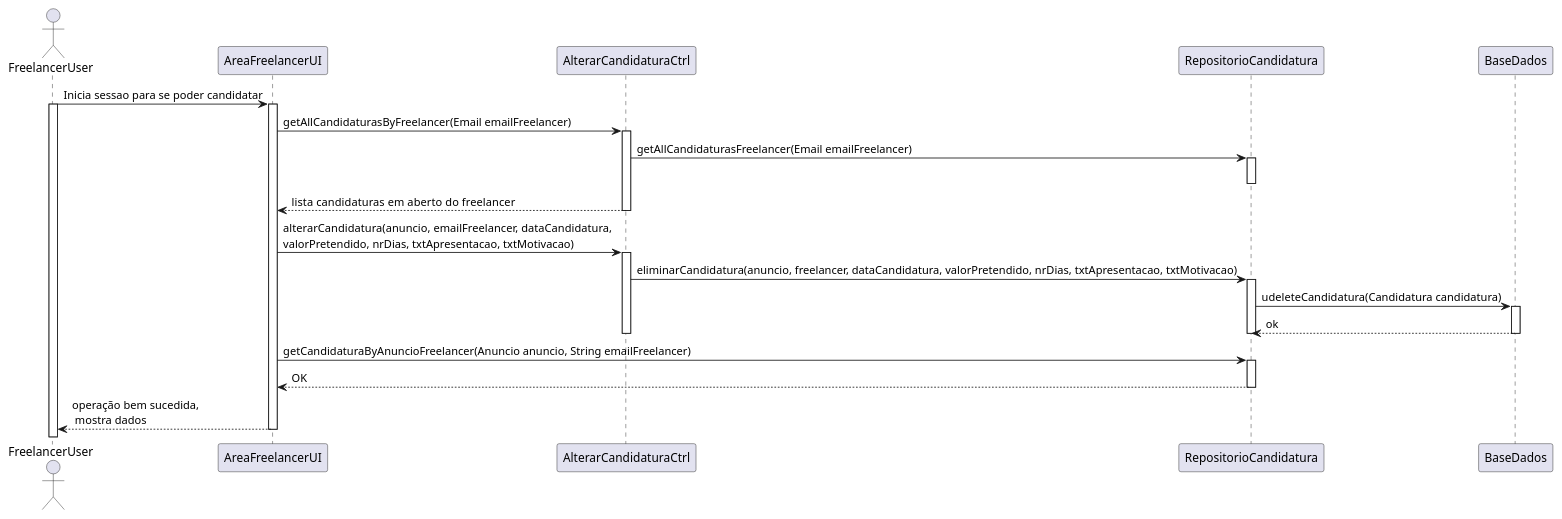
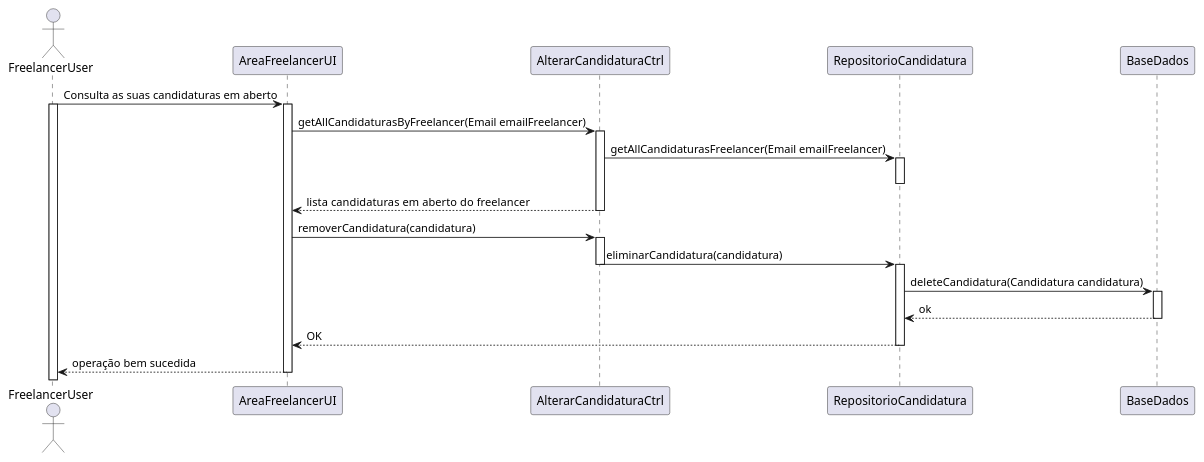
The diagram in Análise/UC12_Remover_Candidatura/UC12_SD/UC12_SD.plantuml (pedro-miguez/upskill_java1_labprg_grupo3), drawn with PlantUML before and after one commit. The commit also changed 2 other files, not shown here.

Commit message:
updates diagramas

```diff
--- a/Análise/UC12_Remover_Candidatura/UC12_SD/UC12_SD.plantuml
+++ b/Análise/UC12_Remover_Candidatura/UC12_SD/UC12_SD.plantuml
@@ -1,36 +1,33 @@
 @startuml 
 actor FreelancerUser as FreelancerUser
-FreelancerUser -> AreaFreelancerUI : Inicia sessao para se poder candidatar
+FreelancerUser -> AreaFreelancerUI : Consulta as suas candidaturas em aberto
 activate FreelancerUser
 activate AreaFreelancerUI
 AreaFreelancerUI -> AlterarCandidaturaCtrl : getAllCandidaturasByFreelancer(Email emailFreelancer)
 activate AlterarCandidaturaCtrl
 
 
 AlterarCandidaturaCtrl -> RepositorioCandidatura : getAllCandidaturasFreelancer(Email emailFreelancer)
 activate RepositorioCandidatura
 deactivate RepositorioCandidatura
 
 AlterarCandidaturaCtrl --> AreaFreelancerUI : lista candidaturas  em aberto do freelancer
 deactivate AlterarCandidaturaCtrl
 
-AreaFreelancerUI -> AlterarCandidaturaCtrl : alterarCandidatura(anuncio, emailFreelancer, dataCandidatura,\nvalorPretendido, nrDias, txtApresentacao, txtMotivacao)
+AreaFreelancerUI -> AlterarCandidaturaCtrl : removerCandidatura(candidatura)
 activate AlterarCandidaturaCtrl
 
-AlterarCandidaturaCtrl -> RepositorioCandidatura : eliminarCandidatura(anuncio, freelancer, dataCandidatura, valorPretendido, nrDias, txtApresentacao, txtMotivacao)
+AlterarCandidaturaCtrl -> RepositorioCandidatura : eliminarCandidatura(candidatura)
+deactivate AlterarCandidaturaCtrl
 activate RepositorioCandidatura
 
-RepositorioCandidatura -> BaseDados : udeleteCandidatura(Candidatura candidatura)
+RepositorioCandidatura -> BaseDados : deleteCandidatura(Candidatura candidatura)
 activate BaseDados
 RepositorioCandidatura <-- BaseDados : ok
-deactivate RepositorioCandidatura
 deactivate BaseDados
 
-deactivate AlterarCandidaturaCtrl
-AreaFreelancerUI -> RepositorioCandidatura : getCandidaturaByAnuncioFreelancer(Anuncio anuncio, String emailFreelancer)
-activate RepositorioCandidatura
 RepositorioCandidatura --> AreaFreelancerUI : OK
 deactivate RepositorioCandidatura
-AreaFreelancerUI --> FreelancerUser : operação bem sucedida, \n mostra dados
+AreaFreelancerUI --> FreelancerUser : operação bem sucedida
 deactivate AreaFreelancerUI
 @enduml
```
